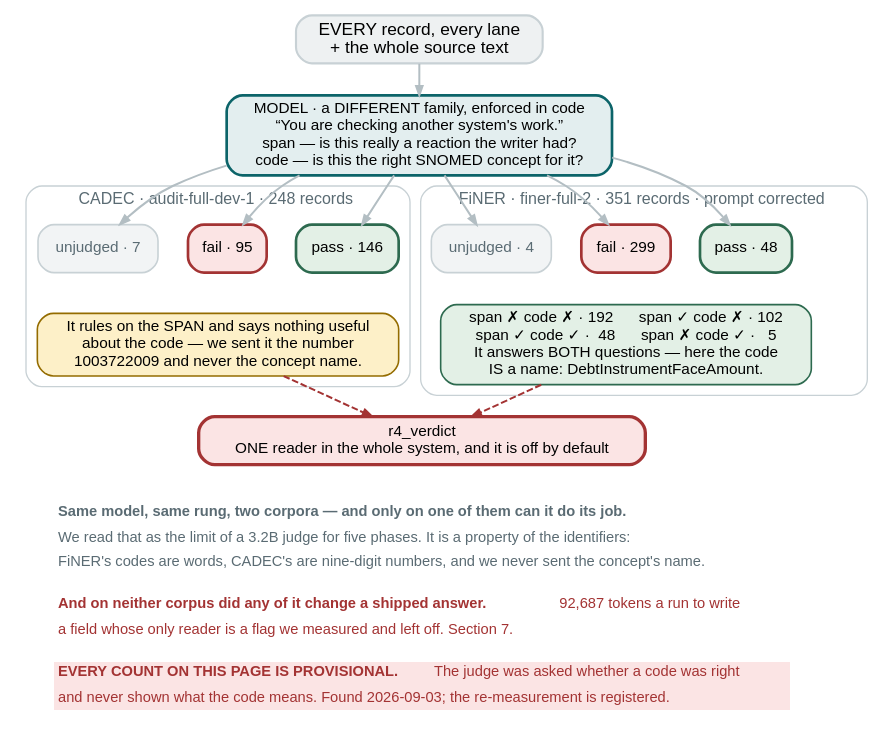
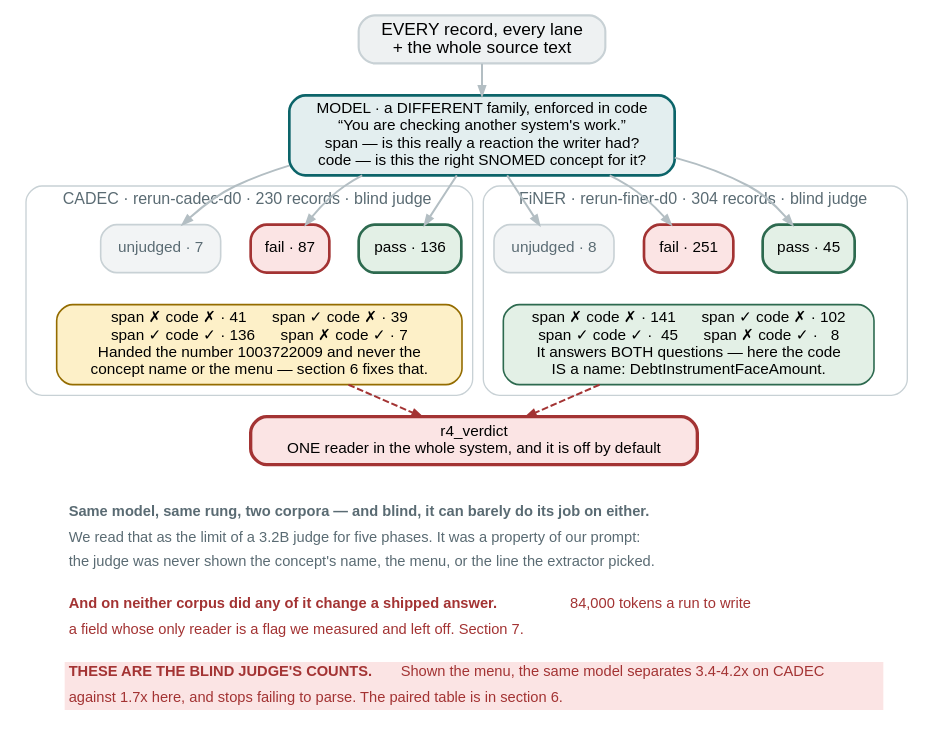
One commit to wbagais/reliability-ladder changed the diagram in docs/figures/fig18-rung4.dot. Above: the diagram before and after it, drawn with Graphviz. The commit also changed 19 other files, not shown here.

Commit message:
Article: every number and every figure re-derived from the base run; remaining historical figures labelled with their source

```diff
--- a/docs/figures/fig18-rung4.dot
+++ b/docs/figures/fig18-rung4.dot
@@ -1,73 +1,67 @@
 // Rung 4 on both corpora. One model call per record; the judge is required to be
 // a different family from the extractor, enforced in run.py.
 //
-// CADEC: out/audit-full-dev-1 (dev, 248 records) — pass 146 / fail 95 / 7
-// unjudged. FiNER: out/finer-full-2 (dev, 351 records) — pass 48 / fail 299 /
-// 4 unjudged, decomposing to (span_ok, code_ok) as shown. Each panel is ONE run
-// and says which; the pass/fail correctness separation (21.0% vs 12.7%) comes
-// from a different dev draw and is deliberately NOT mixed in here.
-//
-// PROVISIONAL — READ THIS BEFORE QUOTING ANY NUMBER HERE. `sct_label` appears
-// nowhere in r4.py, so the judge was handed a bare nine-digit code and asked
-// whether it was the right SNOMED concept. Every pass/fail count below measures a
-// judge that could not answer the question it was asked. Found 2026-09-03.
+// THE BLIND JUDGE AS SHIPPED, on the base run (2026-09-03): CADEC
+// rerun-cadec-d0 (230 records) pass 136 / fail 87 / 7 unjudged; FiNER
+// rerun-finer-d0 (304) pass 45 / fail 251 / 8 unjudged, decomposed to
+// (span_ok, code_ok). Each panel is ONE run and says which. The judge here was
+// handed a bare code and no menu; the menu-shown judge (rungs.4.menu) is the
+// table in article section 6, and it supersedes these counts.
 //
 // COLOUR KEY — the article's: teal a model runs here · green pass · red fail
 digraph rung4 {
   rankdir=TB; bgcolor="white"; nodesep=0.30; ranksep=0.34;
   node [shape=box style="filled,rounded" fontname="Helvetica" fontsize=11.5
         color="#c8d1d5" penwidth=1.2];
   edge [color="#b3bec3" penwidth=1.5 arrowsize=0.7 fontname="Helvetica" fontsize=10];
 
   in [label="EVERY record, every lane\n+ the whole source text"
       fillcolor="#eef1f2" fontsize=13 penwidth=1.6];
   j  [label="MODEL · a DIFFERENT family, enforced in code\n“You are checking another system's work.”\nspan — is this really a reaction the writer had?\ncode — is this the right SNOMED concept for it?"
       fillcolor="#e3eeef" color="#0c6469" penwidth=2];
 
   subgraph cluster_c {
-    label="  CADEC · audit-full-dev-1 · 248 records  "; fontname="Helvetica"; fontsize=12;
+    label="  CADEC · rerun-cadec-d0 · 230 records · blind judge  "; fontname="Helvetica"; fontsize=12;
     color="#c8d1d5"; style=rounded; fontcolor="#5a6b73";
-    cp [label="pass · 146" fillcolor="#e3f0e6" color="#2d6a4f" penwidth=2];
-    cf [label="fail · 95" fillcolor="#fbe4e4" color="#a33333" penwidth=2];
+    cp [label="pass · 136" fillcolor="#e3f0e6" color="#2d6a4f" penwidth=2];
+    cf [label="fail · 87" fillcolor="#fbe4e4" color="#a33333" penwidth=2];
     cu [label="unjudged · 7" fillcolor="#f2f4f5" fontcolor="#5a6b73"];
-    cn [label="It rules on the SPAN and says nothing useful
-about the code — we sent it the number
-1003722009 and never the concept name."
+    cn [label="span ✗ code ✗ · 41      span ✓ code ✗ · 39\nspan ✓ code ✓ · 136      span ✗ code ✓ · 7\nHanded the number 1003722009 and never the\nconcept name or the menu — section 6 fixes that."
         fillcolor="#fdf0c8" color="#946c00"];
     { rank=same; cp; cf; cu }
     cp -> cn [style=invis]; cf -> cn [style=invis];
   }
 
   subgraph cluster_f {
-    label="  FiNER · finer-full-2 · 351 records · prompt corrected  "; fontname="Helvetica";
+    label="  FiNER · rerun-finer-d0 · 304 records · blind judge  "; fontname="Helvetica";
     fontsize=12; color="#c8d1d5"; style=rounded; fontcolor="#5a6b73";
-    fp [label="pass · 48" fillcolor="#e3f0e6" color="#2d6a4f" penwidth=2];
-    ff [label="fail · 299" fillcolor="#fbe4e4" color="#a33333" penwidth=2];
-    fu [label="unjudged · 4" fillcolor="#f2f4f5" fontcolor="#5a6b73"];
-    fn [label="span ✗ code ✗ · 192      span ✓ code ✗ · 102\nspan ✓ code ✓ ·  48      span ✗ code ✓ ·   5\nIt answers BOTH questions — here the code
+    fp [label="pass · 45" fillcolor="#e3f0e6" color="#2d6a4f" penwidth=2];
+    ff [label="fail · 251" fillcolor="#fbe4e4" color="#a33333" penwidth=2];
+    fu [label="unjudged · 8" fillcolor="#f2f4f5" fontcolor="#5a6b73"];
+    fn [label="span ✗ code ✗ · 141      span ✓ code ✗ · 102\nspan ✓ code ✓ ·  45      span ✗ code ✓ ·   8\nIt answers BOTH questions — here the code
 IS a name: DebtInstrumentFaceAmount."
         fillcolor="#e3f0e6" color="#2d6a4f"];
     { rank=same; fp; ff; fu }
     fp -> fn [style=invis]; ff -> fn [style=invis];
   }
 
   dead [label="r4_verdict\nONE reader in the whole system, and it is off by default"
         fillcolor="#fbe4e4" color="#a33333" penwidth=2.5];
 
   in -> j; j -> cp; j -> cf; j -> cu; j -> fp; j -> ff; j -> fu;
   cn -> dead [style=dashed color="#a33333"]; fn -> dead [style=dashed color="#a33333"];
 
   note [shape=plaintext style="" fillcolor="white"
         label=<<TABLE BORDER="0" CELLBORDER="0" CELLSPACING="0" CELLPADDING="3">
-        <TR><TD ALIGN="LEFT"><FONT POINT-SIZE="11" COLOR="#5a6b73"><B>Same model, same rung, two corpora — and only on one of them can it do its job.</B></FONT></TD></TR>
-        <TR><TD ALIGN="LEFT"><FONT POINT-SIZE="11" COLOR="#5a6b73">We read that as the limit of a 3.2B judge for five phases. It is a property of the identifiers:</FONT></TD></TR>
-        <TR><TD ALIGN="LEFT"><FONT POINT-SIZE="11" COLOR="#5a6b73">FiNER&#39;s codes are words, CADEC&#39;s are nine-digit numbers, and we never sent the concept&#39;s name.</FONT></TD></TR>
+        <TR><TD ALIGN="LEFT"><FONT POINT-SIZE="11" COLOR="#5a6b73"><B>Same model, same rung, two corpora — and blind, it can barely do its job on either.</B></FONT></TD></TR>
+        <TR><TD ALIGN="LEFT"><FONT POINT-SIZE="11" COLOR="#5a6b73">We read that as the limit of a 3.2B judge for five phases. It was a property of our prompt:</FONT></TD></TR>
+        <TR><TD ALIGN="LEFT"><FONT POINT-SIZE="11" COLOR="#5a6b73">the judge was never shown the concept&#39;s name, the menu, or the line the extractor picked.</FONT></TD></TR>
         <TR><TD ALIGN="LEFT"><FONT POINT-SIZE="8"> </FONT></TD></TR>
-        <TR><TD ALIGN="LEFT"><FONT POINT-SIZE="11" COLOR="#a33333"><B>And on neither corpus did any of it change a shipped answer.</B> 92,687 tokens a run to write</FONT></TD></TR>
+        <TR><TD ALIGN="LEFT"><FONT POINT-SIZE="11" COLOR="#a33333"><B>And on neither corpus did any of it change a shipped answer.</B> 84,000 tokens a run to write</FONT></TD></TR>
         <TR><TD ALIGN="LEFT"><FONT POINT-SIZE="11" COLOR="#a33333">a field whose only reader is a flag we measured and left off. Section 7.</FONT></TD></TR>
         <TR><TD ALIGN="LEFT"><FONT POINT-SIZE="8"> </FONT></TD></TR>
-        <TR><TD ALIGN="LEFT" BGCOLOR="#fbe4e4"><FONT POINT-SIZE="11" COLOR="#a33333"><B>EVERY COUNT ON THIS PAGE IS PROVISIONAL.</B> The judge was asked whether a code was right</FONT></TD></TR>
-        <TR><TD ALIGN="LEFT" BGCOLOR="#fbe4e4"><FONT POINT-SIZE="11" COLOR="#a33333">and never shown what the code means. Found 2026-09-03; the re-measurement is registered.</FONT></TD></TR>
+        <TR><TD ALIGN="LEFT" BGCOLOR="#fbe4e4"><FONT POINT-SIZE="11" COLOR="#a33333"><B>THESE ARE THE BLIND JUDGE&#39;S COUNTS.</B> Shown the menu, the same model separates 3.4-4.2x on CADEC</FONT></TD></TR>
+        <TR><TD ALIGN="LEFT" BGCOLOR="#fbe4e4"><FONT POINT-SIZE="11" COLOR="#a33333">against 1.7x here, and stops failing to parse. The paired table is in section 6.</FONT></TD></TR>
         </TABLE>>];
   dead -> note [style=invis];
 }
```
